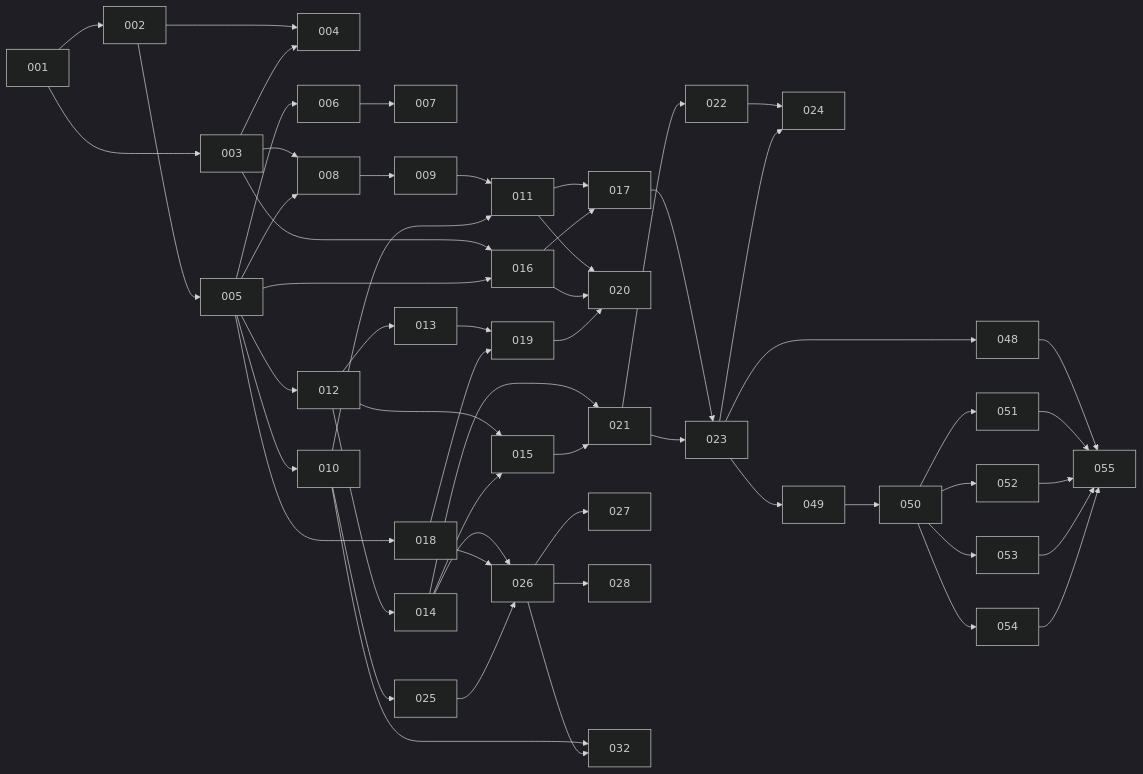
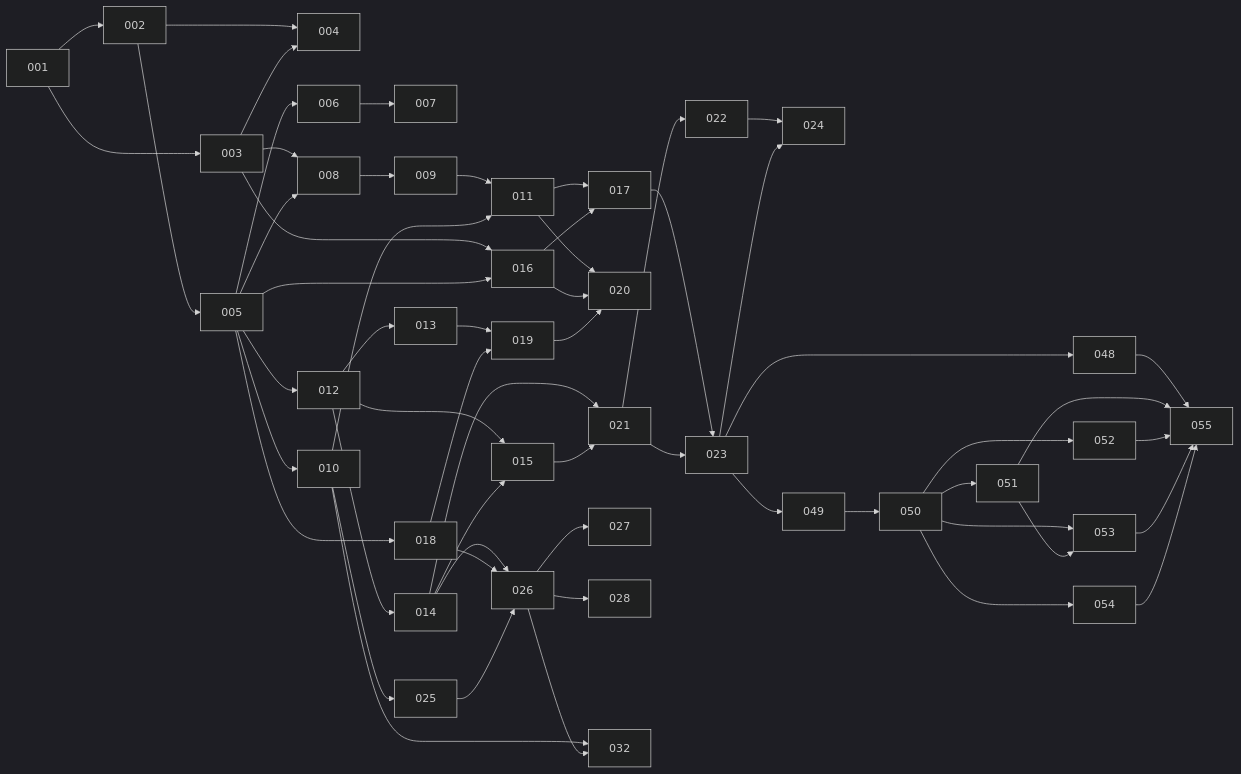
One commit to stevenpickles/straticate changed the diagram in ROADMAP.md. Above: the diagram before and after it, drawn with Mermaid (dark theme). The commit also changed other lines of this file and 12 other files, not shown here.

````diff
--- a/ROADMAP.md
+++ b/ROADMAP.md
@@ -315,29 +315,30 @@
 ```mermaid
 graph LR
   001 --> 002 & 003
   002 & 003 --> 004
   002 --> 005
   005 --> 006 --> 007
   003 & 005 --> 008 --> 009
   005 --> 010
   009 & 010 --> 011
   005 --> 012 --> 013
   012 --> 014
   012 & 014 --> 015
   003 & 005 --> 016
   011 & 016 --> 017
   005 --> 018
   013 & 018 --> 019
   011 & 016 & 019 --> 020
   014 & 015 --> 021 --> 022
   017 & 021 --> 023
   022 & 023 --> 024
   010 --> 025
   014 & 018 & 025 --> 026
   026 --> 027 & 028
   010 & 026 --> 032
   023 --> 048 & 049
   049 --> 050
   050 --> 051 & 052 & 053 & 054
+  051 --> 053
   048 & 051 & 052 & 053 & 054 --> 055
 ```
````
